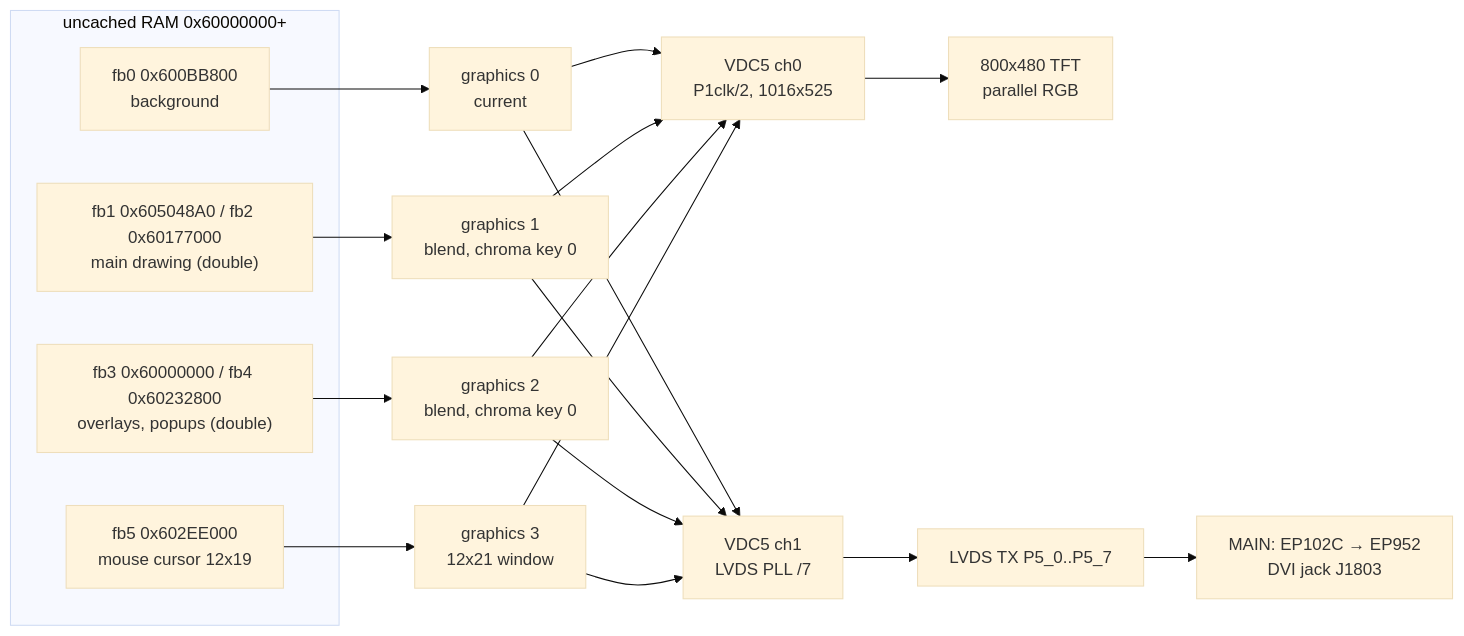
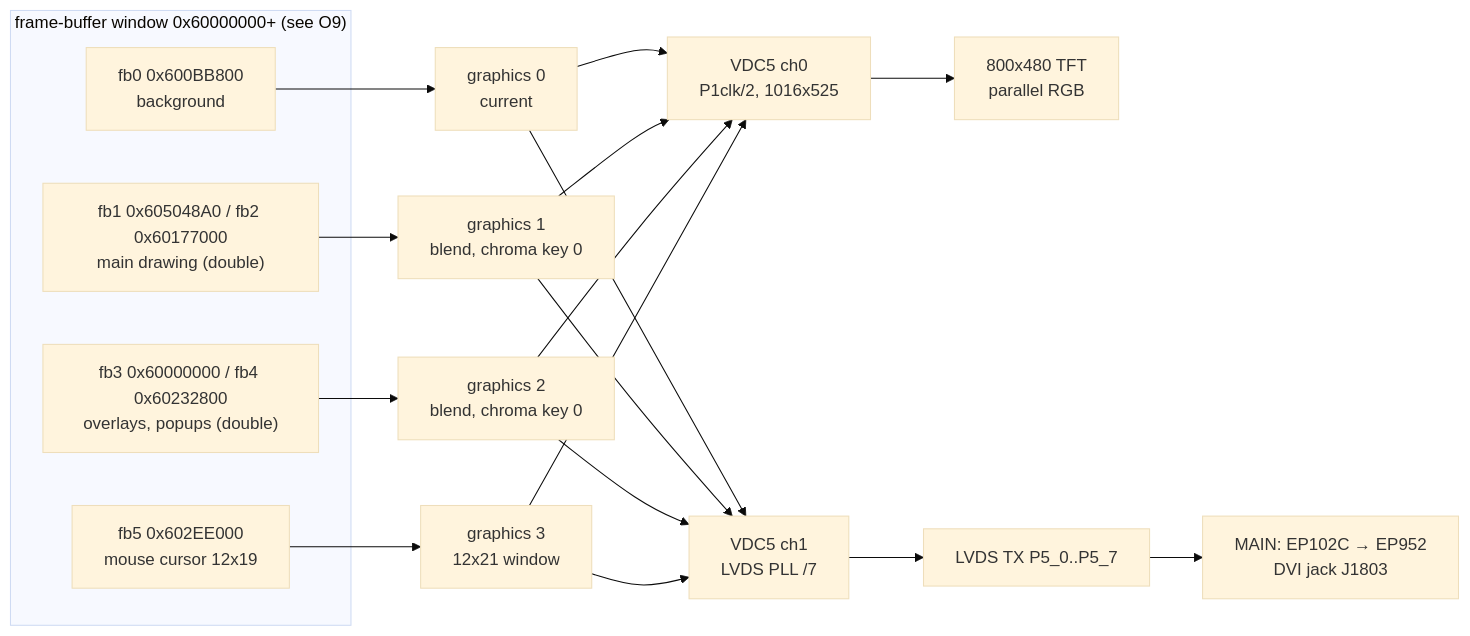
The first of 3 diagrams in docs/code/display/gui.md (Reid-n0rc/FT-710_Firmware), drawn with Mermaid (base theme) before and after one commit. The commit also changed other lines of this file and 2 other files, not shown here.

Commit message:
T19h: DISPLAY 0x60000000 window cannot be a plain RAM mirror; left open as O9 (e2)
fb_clear_all zeroes 0x60000000+0x2FF300 from task_root while code runs at 0x20100000+;
the MMU table is flat. The RZ/A1H address map is needed to settle it.

Claude-Session: https://claude.ai/code/session_01EnuhVMbYsmTiLdfdpfSf6N

````diff
--- a/docs/code/display/gui.md
+++ b/docs/code/display/gui.md
@@ -25,17 +25,17 @@
 ```mermaid
 flowchart LR
-  subgraph RAM["uncached RAM 0x60000000+"]
+  subgraph RAM["frame-buffer window 0x60000000+ (see O9)"]
     FB0["fb0 0x600BB800<br/>background"]
     FB12["fb1 0x605048A0 / fb2 0x60177000<br/>main drawing (double)"]
     FB34["fb3 0x60000000 / fb4 0x60232800<br/>overlays, popups (double)"]
     FB5["fb5 0x602EE000<br/>mouse cursor 12x19"]
   end
   FB0 --> G0["graphics 0<br/>current"]
   FB12 --> G1["graphics 1<br/>blend, chroma key 0"]
   FB34 --> G2["graphics 2<br/>blend, chroma key 0"]
   FB5 --> G3["graphics 3<br/>12x21 window"]
   G0 & G1 & G2 & G3 --> CH0["VDC5 ch0<br/>P1clk/2, 1016x525"]
   G0 & G1 & G2 & G3 --> CH1["VDC5 ch1<br/>LVDS PLL /7"]
   CH0 --> TFT["800x480 TFT<br/>parallel RGB"]
   CH1 --> LVDS["LVDS TX P5_0..P5_7"] --> DVI["MAIN: EP102C → EP952<br/>DVI jack J1803"]
 ```
````
